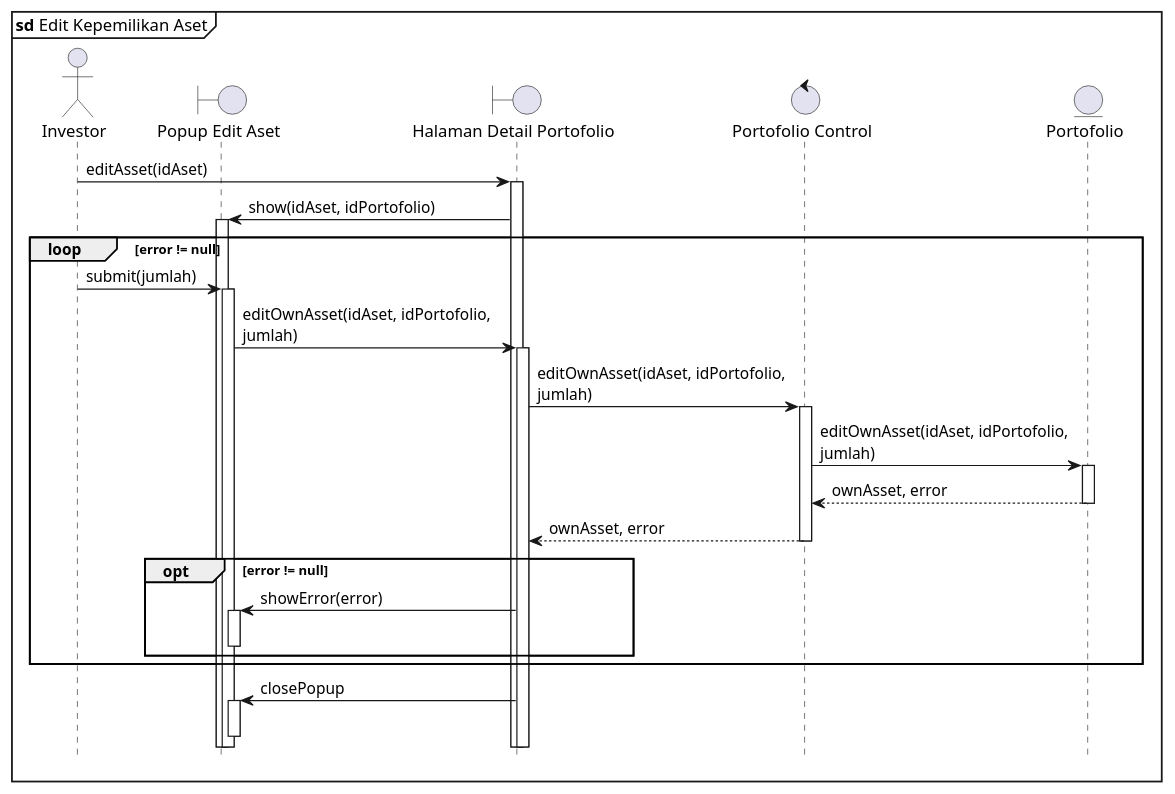
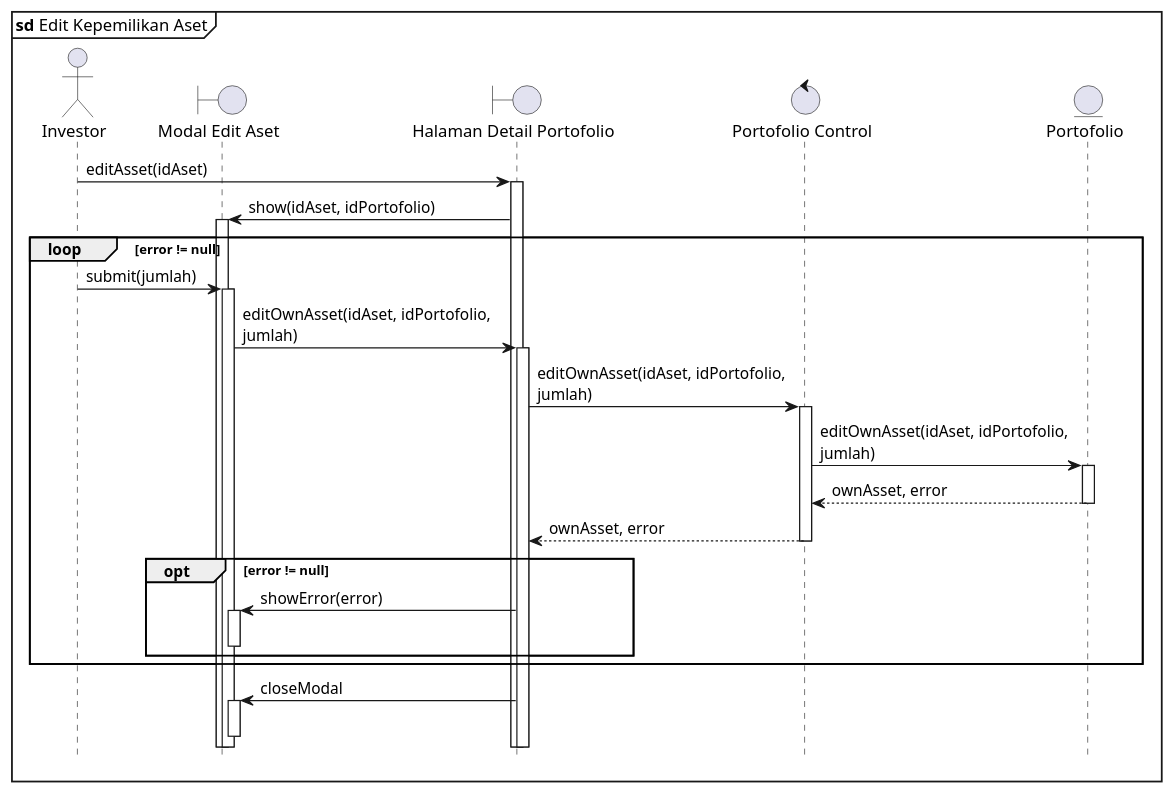
The diagram in sequence/edit-aset.puml (clarestarahma/manajemen-investasi), drawn with PlantUML before and after one commit. The commit also changed 7 other files, not shown here.

Commit message:
bukan popup tapi modal

```diff
--- a/sequence/edit-aset.puml
+++ b/sequence/edit-aset.puml
@@ -1,36 +1,36 @@
 @startuml Sequence
 
 skinparam maxMessageSize 250
 
 hide footbox
 autoactivate on
 
 mainframe **sd** Edit Kepemilikan Aset
 
 actor Investor as I
-boundary "Popup Edit Aset" as PEA
+boundary "Modal Edit Aset" as PEA
 boundary "Halaman Detail Portofolio" as HDP
 control "Portofolio Control" as PC
 entity "Portofolio" as P
 
 I -> HDP : editAsset(idAset)
 HDP -> PEA : show(idAset, idPortofolio)
 
 loop error != null
   I -> PEA : submit(jumlah)
   PEA -> HDP : editOwnAsset(idAset, idPortofolio, jumlah)
   HDP -> PC : editOwnAsset(idAset, idPortofolio, jumlah)
   PC -> P : editOwnAsset(idAset, idPortofolio, jumlah)
   P --> PC : ownAsset, error
   PC --> HDP : ownAsset, error
 
   opt error != null
     HDP -> PEA : showError(error)
     deactivate PEA
   end
 end
 
-HDP -> PEA : closePopup
+HDP -> PEA : closeModal
 deactivate PEA
 
 @enduml
```
